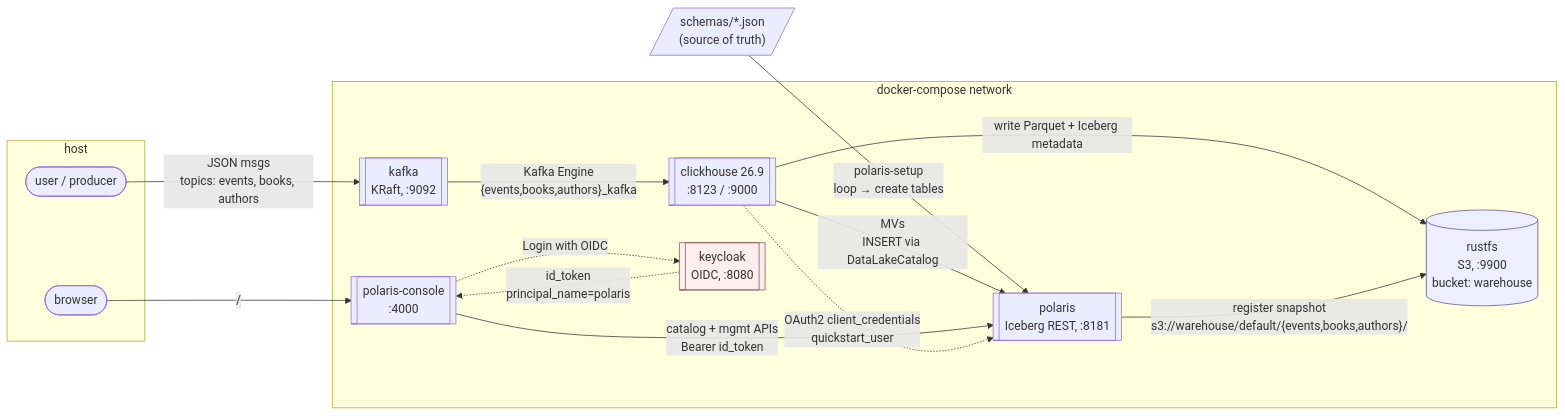
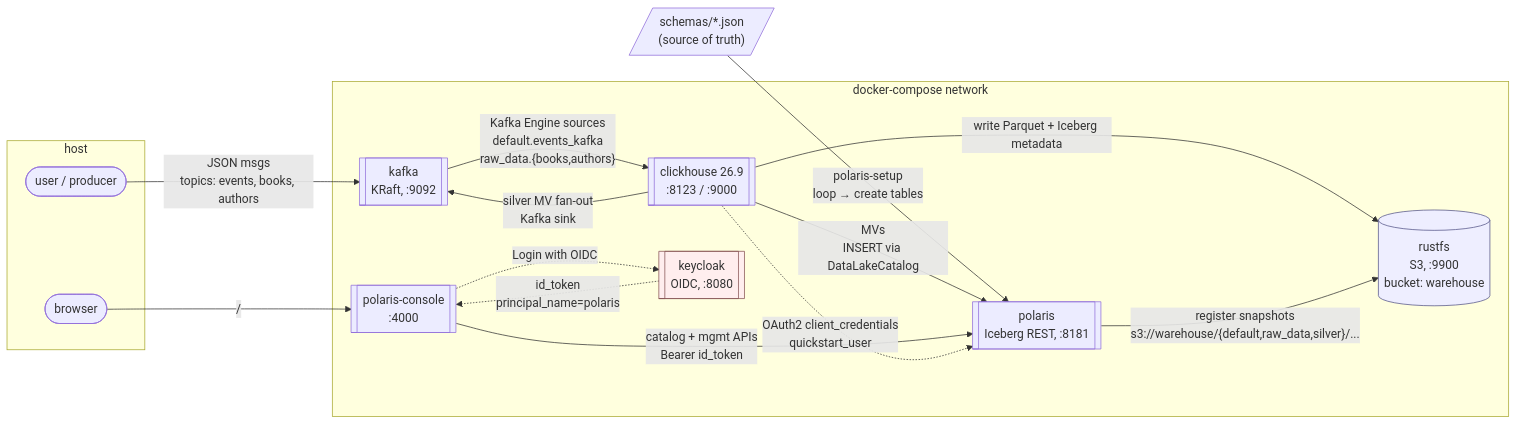
One commit to mdevilliers/kafka-clickhouse-lakehouse changed the diagram in README.md. Above: the diagram before and after it, drawn with Mermaid. The commit also changed other lines of this file, not shown here.

````diff
--- a/README.md
+++ b/README.md
@@ -10,37 +10,38 @@
 ```mermaid
 flowchart LR
     subgraph host["host"]
         user(["user / producer"])
         browser(["browser"])
     end
 
     subgraph stack["docker-compose network"]
         kafka[["kafka<br/>KRaft, :9092"]]
         ch[["clickhouse 26.9<br/>:8123 / :9000"]]
         polaris[["polaris<br/>Iceberg REST, :8181"]]
         console[["polaris-console<br/>:4000"]]
         keycloak[["keycloak<br/>OIDC, :8080"]]
         rustfs[("rustfs<br/>S3, :9900<br/>bucket: warehouse")]
     end
 
     schemas[/"schemas/*.json<br/>(source of truth)"/]
     schemas -- "polaris-setup<br/>loop → create tables" --> polaris
 
     user -- "JSON msgs<br/>topics: events, books, authors" --> kafka
-    kafka -- "Kafka Engine<br/>{events,books,authors}_kafka" --> ch
+    kafka -- "Kafka Engine sources<br/>default.events_kafka<br/>raw_data.{books,authors}" --> ch
     ch -- "MVs<br/>INSERT via DataLakeCatalog" --> polaris
     ch -- "write Parquet + Iceberg metadata" --> rustfs
-    polaris -- "register snapshot<br/>s3://warehouse/default/{events,books,authors}/" --> rustfs
+    polaris -- "register snapshots<br/>s3://warehouse/{default,raw_data,silver}/..." --> rustfs
+    ch -- "silver MV fan-out<br/>Kafka sink" --> kafka
 
     browser -- "/" --> console
     console -. "Login with OIDC" .-> keycloak
     keycloak -. "id_token<br/>principal_name=polaris" .-> console
     console -- "catalog + mgmt APIs<br/>Bearer id_token" --> polaris
 
     ch -. "OAuth2 client_credentials<br/>quickstart_user" .-> polaris
 
     classDef store fill:#eef,stroke:#558,stroke-width:1px
     classDef auth fill:#fee,stroke:#855,stroke-width:1px
     class rustfs store
     class keycloak auth
 ```
````
